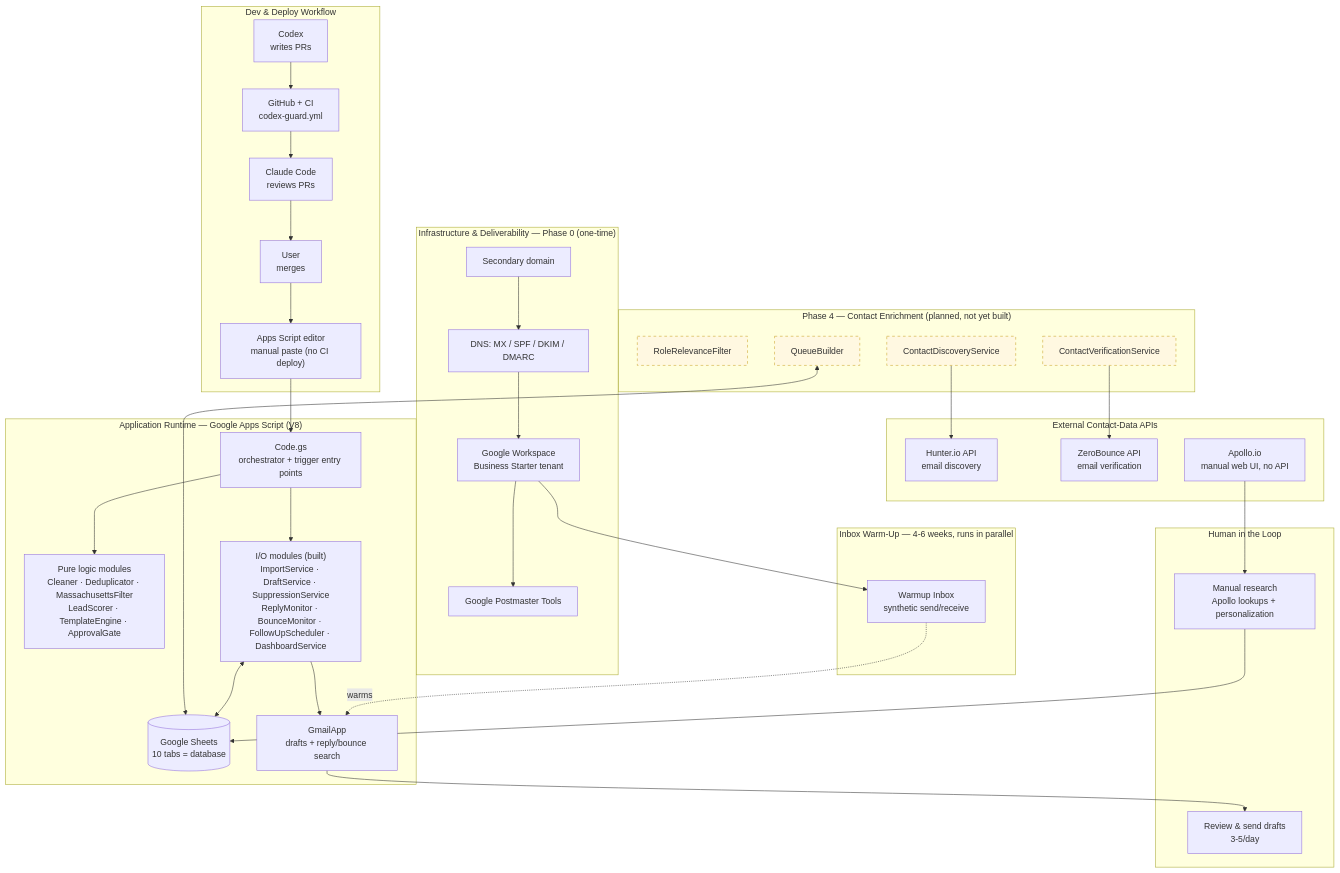
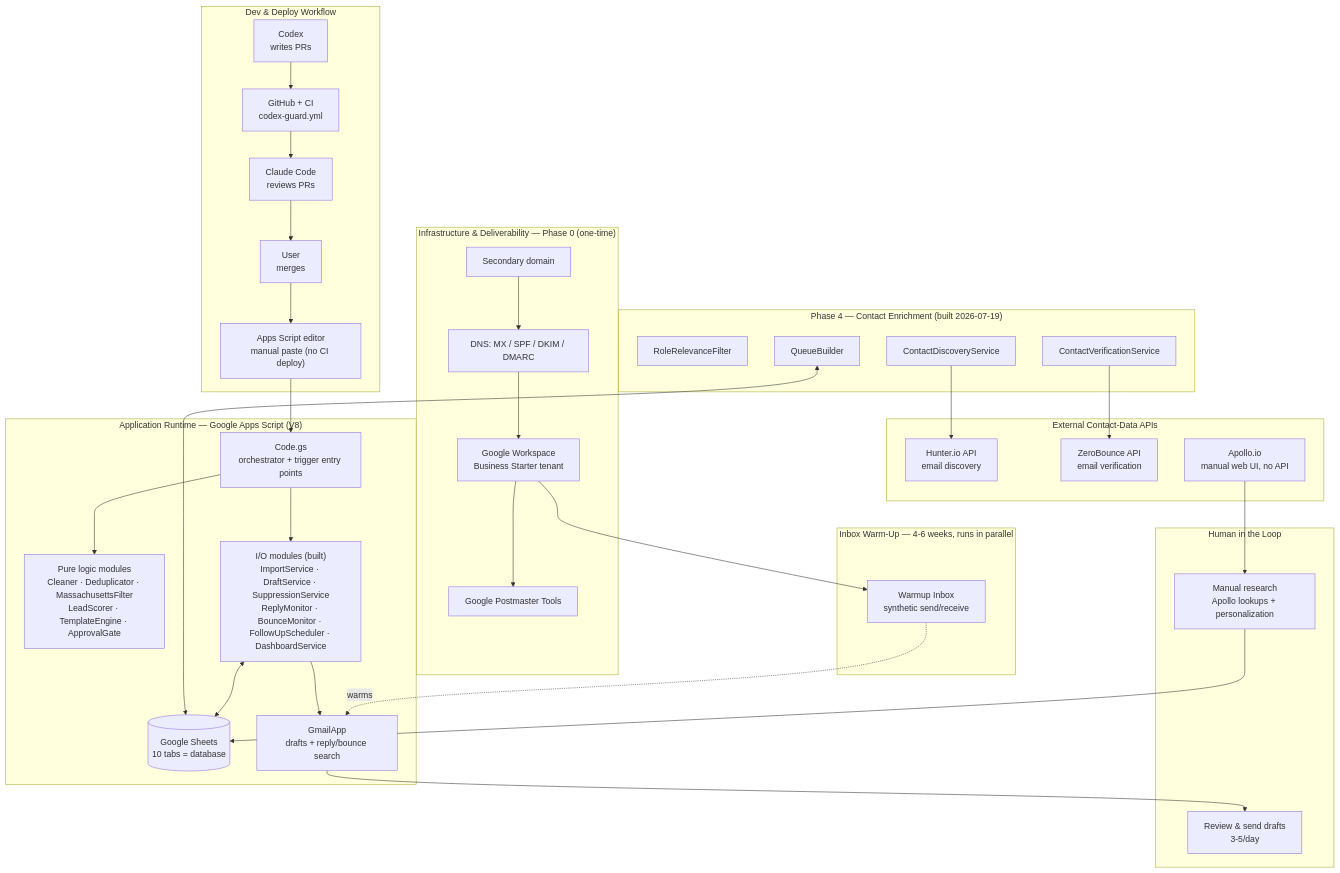
Before and after one commit to GoldFlamingoAI/express-training-cold-email-automation: the diagram in PHASES.md, drawn with Mermaid. The commit also changed other lines of this file and 7 other files, not shown here.

First line of the commit message:
Build Phase 4 contact enrichment pipeline (Tasks 4.1-4.4)

````diff
--- a/PHASES.md
+++ b/PHASES.md
@@ -21,66 +21,65 @@
 ```mermaid
 graph TD
     subgraph L1["Infrastructure & Deliverability — Phase 0 (one-time)"]
         Domain["Secondary domain"]
         DNS["DNS: MX / SPF / DKIM / DMARC"]
         WS["Google Workspace<br/>Business Starter tenant"]
         PM["Google Postmaster Tools"]
     end
 
     subgraph L2["Inbox Warm-Up — 4-6 weeks, runs in parallel"]
         WU["Warmup Inbox<br/>synthetic send/receive"]
     end
 
     subgraph L3["Dev & Deploy Workflow"]
         CX["Codex<br/>writes PRs"]
         GH["GitHub + CI<br/>codex-guard.yml"]
         CC["Claude Code<br/>reviews PRs"]
         UM["User<br/>merges"]
         ASE["Apps Script editor<br/>manual paste (no CI deploy)"]
     end
 
     subgraph L4["Application Runtime — Google Apps Script (V8)"]
         ORCH["Code.gs<br/>orchestrator + trigger entry points"]
         PURE["Pure logic modules<br/>Cleaner · Deduplicator · MassachusettsFilter<br/>LeadScorer · TemplateEngine · ApprovalGate"]
         IOM["I/O modules (built)<br/>ImportService · DraftService · SuppressionService<br/>ReplyMonitor · BounceMonitor · FollowUpScheduler · DashboardService"]
         SHEETS[("Google Sheets<br/>10 tabs = database")]
         GMAIL["GmailApp<br/>drafts + reply/bounce search"]
     end
 
-    subgraph L4b["Phase 4 — Contact Enrichment (planned, not yet built)"]
+    subgraph L4b["Phase 4 — Contact Enrichment (built 2026-07-19)"]
         RRF["RoleRelevanceFilter"]
         CDS["ContactDiscoveryService"]
         CVS["ContactVerificationService"]
         QB["QueueBuilder"]
     end
 
     subgraph L5["External Contact-Data APIs"]
         HUNTER["Hunter.io API<br/>email discovery"]
         ZB["ZeroBounce API<br/>email verification"]
         APOLLO["Apollo.io<br/>manual web UI, no API"]
     end
 
     subgraph L6["Human in the Loop"]
         RESEARCH["Manual research<br/>Apollo lookups + personalization"]
         REVIEW["Review & send drafts<br/>3-5/day"]
     end
 
     Domain --> DNS --> WS --> PM
     WS --> WU
     WU -. warms .-> GMAIL
 
     CX --> GH --> CC --> UM --> ASE --> ORCH
 
     ORCH --> PURE
     ORCH --> IOM
     IOM <--> SHEETS
     IOM --> GMAIL
     CDS --> HUNTER
     CVS --> ZB
     QB <--> SHEETS
     APOLLO --> RESEARCH --> SHEETS
     GMAIL --> REVIEW
 
     classDef planned stroke-dasharray: 5 5,fill:#fff8e1,stroke:#c9a227,color:#333;
-    class RRF,CDS,CVS,QB planned
 ```
````
